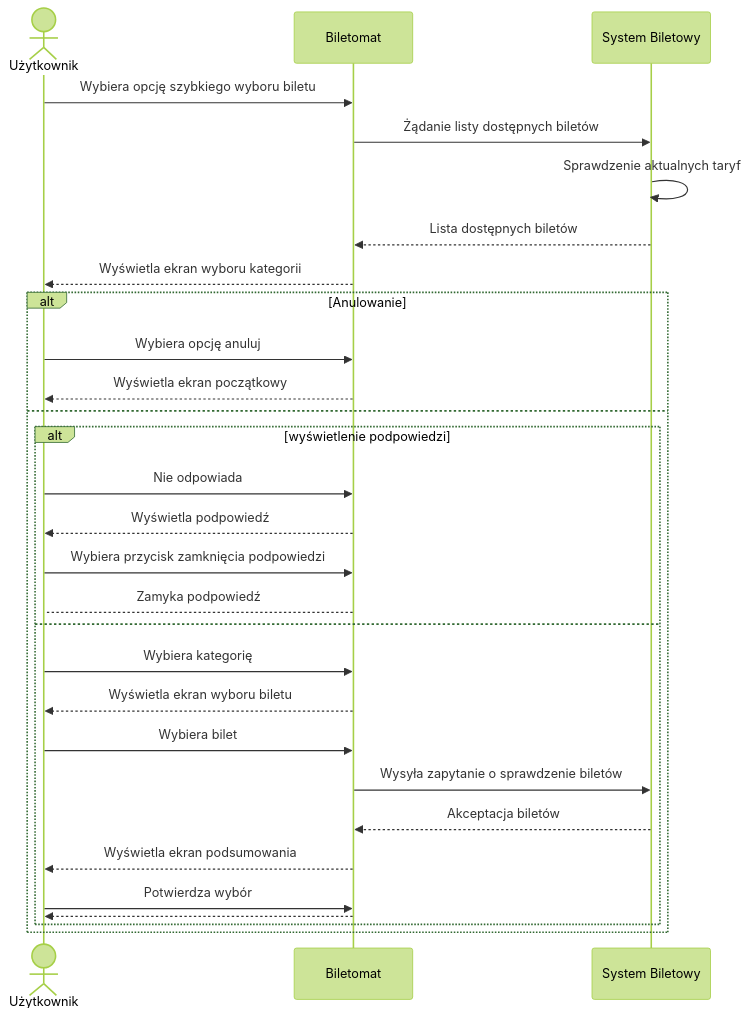
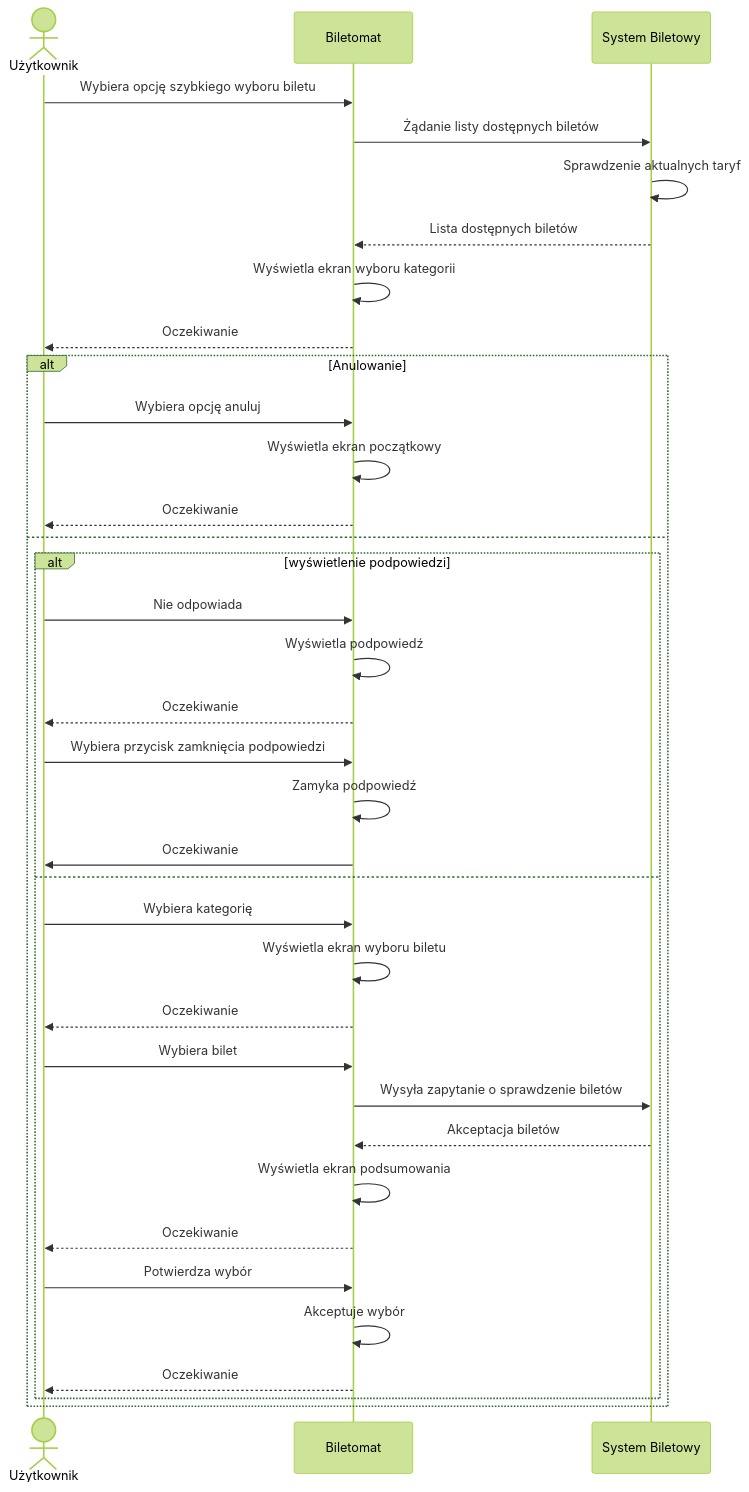
One commit to s3r10us3r/mwo_lab4 changed the seventh of 7 diagrams in uzytkownik.md. Above: the diagram before and after it, drawn with Mermaid (forest theme). The commit also changed other lines of this file, not shown here.

Commit message:
Poprawa diagramów som super

````diff
--- a/uzytkownik.md
+++ b/uzytkownik.md
@@ -141,32 +144,39 @@
 ```mermaid
 sequenceDiagram
     actor U as Użytkownik
     participant I as Biletomat
     participant S as System Biletowy
     
     U ->> I: Wybiera opcję szybkiego wyboru biletu
     I ->> S: Żądanie listy dostępnych biletów
     S ->> S: Sprawdzenie aktualnych taryf
     S -->> I: Lista dostępnych biletów
-    I -->> U: Wyświetla ekran wyboru kategorii
+    I ->> I: Wyświetla ekran wyboru kategorii
+    I -->> U: Oczekiwanie
     alt Anulowanie
     U ->> I: Wybiera opcję anuluj
-    I -->> U: Wyświetla ekran początkowy
+    I ->> I: Wyświetla ekran początkowy
+    I -->> U: Oczekiwanie
     else
     alt wyświetlenie podpowiedzi
     U ->> I: Nie odpowiada
-    I -->> U: Wyświetla podpowiedź
+    I ->> I: Wyświetla podpowiedź
+    I -->> U: Oczekiwanie
     U ->> I: Wybiera przycisk zamknięcia podpowiedzi
-    I --> U: Zamyka podpowiedź
+    I ->> I: Zamyka podpowiedź
+    I ->> U: Oczekiwanie
     else
     U ->> I: Wybiera kategorię
-    I -->> U: Wyświetla ekran wyboru biletu
+    I ->> I: Wyświetla ekran wyboru biletu
+    I -->> U: Oczekiwanie
     U ->> I: Wybiera bilet
     I ->> S: Wysyła zapytanie o sprawdzenie biletów
     S -->> I: Akceptacja biletów
-    I -->> U: Wyświetla ekran podsumowania
+    I ->> I: Wyświetla ekran podsumowania
+    I -->> U: Oczekiwanie
     U ->> I: Potwierdza wybór
-    I -->> U: 
+    I ->> I: Akceptuje wybór
+    I -->> U: Oczekiwanie
     end
     end
 ```
````
